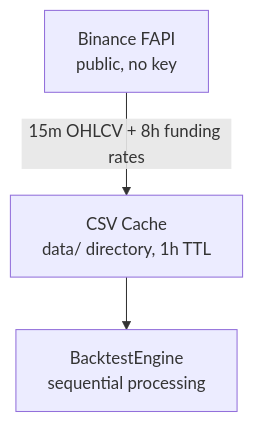
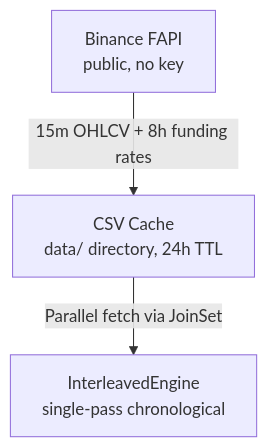
One commit to krejcif/rdex changed the third of 3 diagrams in docs/01-overview.md. Above: the diagram before and after it, drawn with Mermaid. The commit also changed other lines of this file and 13 other files, not shown here.

First line of the commit message:
TradingStrategy trait, margin safety, cache/fetch optimizations, docs overhaul

````diff
--- a/docs/01-overview.md
+++ b/docs/01-overview.md
@@ -86,5 +84,5 @@
 ```mermaid
 graph TD
-    A[Binance FAPI<br/>public, no key] -->|15m OHLCV + 8h funding rates| B[CSV Cache<br/>data/ directory, 1h TTL]
-    B --> C[BacktestEngine<br/>sequential processing]
+    A[Binance FAPI<br/>public, no key] -->|15m OHLCV + 8h funding rates| B[CSV Cache<br/>data/ directory, 24h TTL]
+    B -->|Parallel fetch via JoinSet| C[InterleavedEngine<br/>single-pass chronological]
 ```
````
